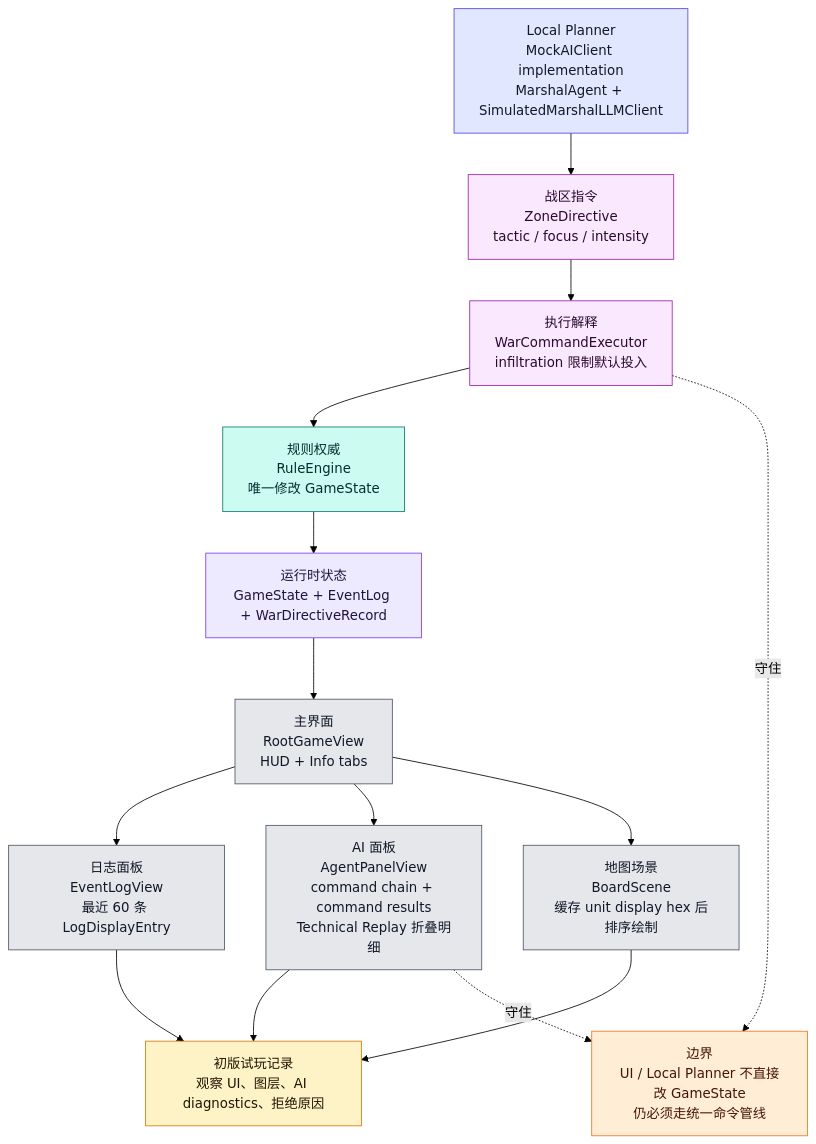
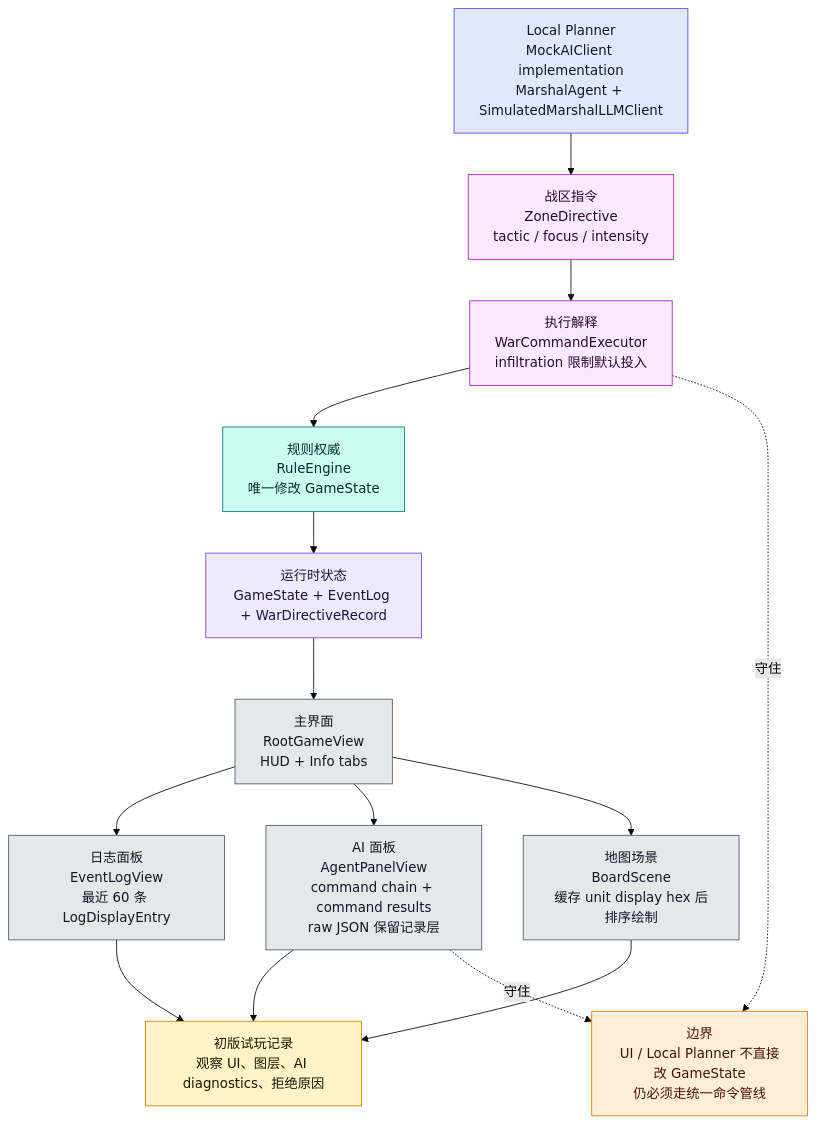
One commit to Altman-sam114/127 changed diagram 19 of 20 in md/flow/flowchart.md. Above: the diagram before and after it, drawn with Mermaid (forest theme). The commit also changed other lines of this file and 8 other files, not shown here.

Commit message:
fix: hide raw ai replay json from player panel

````diff
--- a/md/flow/flowchart.md
+++ b/md/flow/flowchart.md
@@ -742,34 +742,34 @@
 ```mermaid
 flowchart TD
     STATE["运行时状态<br/>GameState + EventLog + WarDirectiveRecord"]:::state
     ROOT["主界面<br/>RootGameView<br/>HUD + Info tabs"]:::ui
     LOG["日志面板<br/>EventLogView<br/>最近 60 条 LogDisplayEntry"]:::ui
-    AIUI["AI 面板<br/>AgentPanelView<br/>command chain + command results<br/>Technical Replay 折叠明细"]:::ui
+    AIUI["AI 面板<br/>AgentPanelView<br/>command chain + command results<br/>raw JSON 保留记录层"]:::ui
     BOARD["地图场景<br/>BoardScene<br/>缓存 unit display hex 后排序绘制"]:::ui
     MARSHAL["Local Planner<br/>MockAIClient implementation<br/>MarshalAgent + SimulatedMarshalLLMClient"]:::ai
     ZD["战区指令<br/>ZoneDirective<br/>tactic / focus / intensity"]:::command
     WCE["执行解释<br/>WarCommandExecutor<br/>infiltration 限制默认投入"]:::command
     RULE["规则权威<br/>RuleEngine<br/>唯一修改 GameState"]:::rules
     PLAYTEST["初版试玩记录<br/>观察 UI、图层、AI diagnostics、拒绝原因"]:::doc
 
     STATE --> ROOT
     ROOT --> LOG
     ROOT --> AIUI
     ROOT --> BOARD
     MARSHAL --> ZD --> WCE --> RULE --> STATE
     AIUI --> PLAYTEST
     LOG --> PLAYTEST
     BOARD --> PLAYTEST
 
     WARN["边界<br/>UI / Local Planner 不直接改 GameState<br/>仍必须走统一命令管线"]:::warn
     AIUI -.守住.-> WARN
     WCE -.守住.-> WARN
 
     classDef state fill:#ede9fe,stroke:#7c3aed,color:#1f143d
     classDef ui fill:#e5e7eb,stroke:#4b5563,color:#111827
     classDef ai fill:#e0e7ff,stroke:#4f46e5,color:#111827
     classDef command fill:#fae8ff,stroke:#a21caf,color:#2a0a2f
     classDef rules fill:#ccfbf1,stroke:#0f766e,color:#042f2e
     classDef doc fill:#fef3c7,stroke:#d97706,color:#1f1600
     classDef warn fill:#ffedd5,stroke:#f97316,color:#431407
 ```
````
